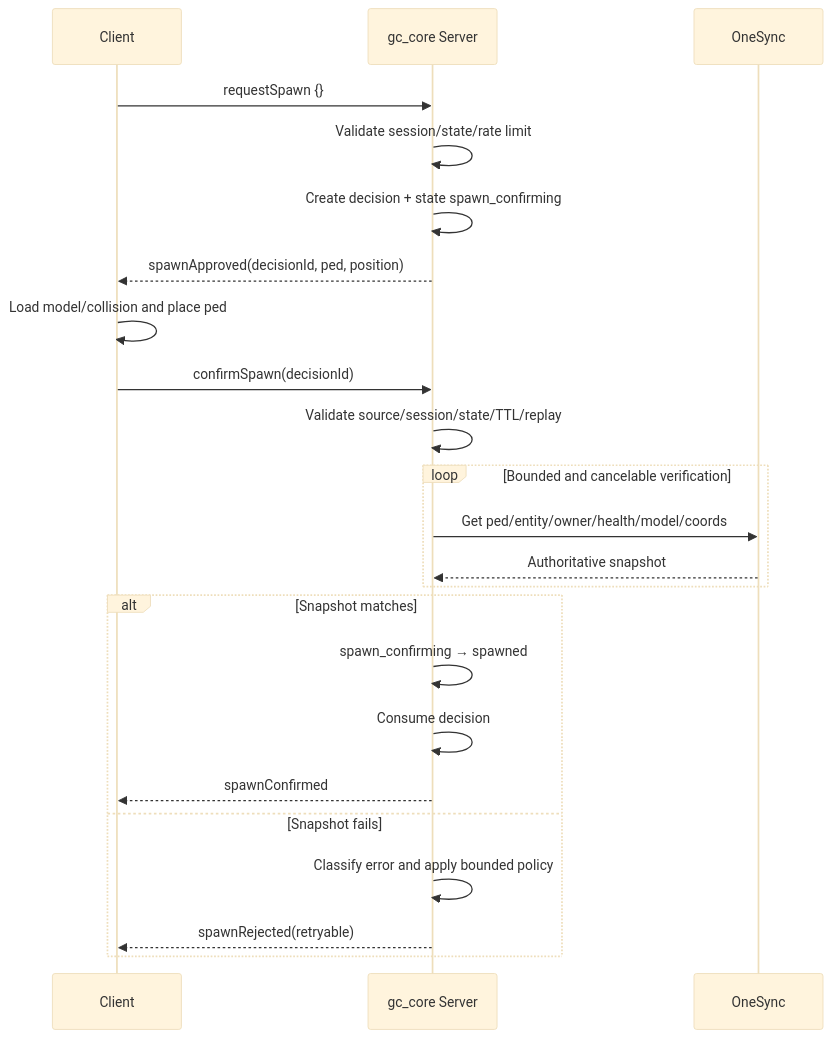
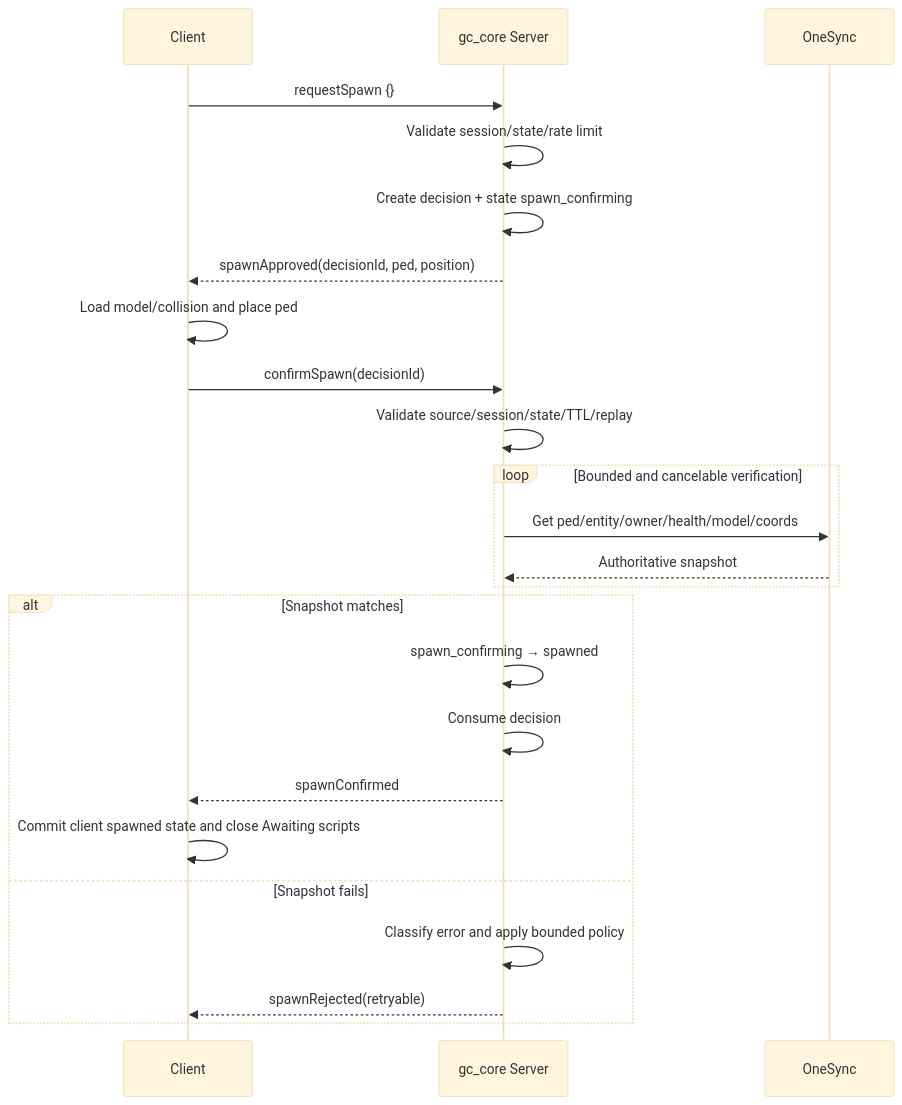
One commit to chel38/GCore changed the diagram in docs/en/07-spawn-flow.md. Above: the diagram before and after it, drawn with Mermaid (base theme). The commit also changed other lines of this file and 25 other files, not shown here.

````diff
--- a/docs/en/07-spawn-flow.md
+++ b/docs/en/07-spawn-flow.md
@@ -11,25 +11,26 @@
 ```mermaid
 sequenceDiagram
     participant C as Client
     participant S as gc_core Server
     participant O as OneSync
     C->>S: requestSpawn {}
     S->>S: Validate session/state/rate limit
     S->>S: Create decision + state spawn_confirming
     S-->>C: spawnApproved(decisionId, ped, position)
     C->>C: Load model/collision and place ped
     C->>S: confirmSpawn(decisionId)
     S->>S: Validate source/session/state/TTL/replay
     loop Bounded and cancelable verification
         S->>O: Get ped/entity/owner/health/model/coords
         O-->>S: Authoritative snapshot
     end
     alt Snapshot matches
         S->>S: spawn_confirming → spawned
         S->>S: Consume decision
         S-->>C: spawnConfirmed
+        C->>C: Commit client spawned state and close Awaiting scripts
     else Snapshot fails
         S->>S: Classify error and apply bounded policy
         S-->>C: spawnRejected(retryable)
     end
 ```
````
